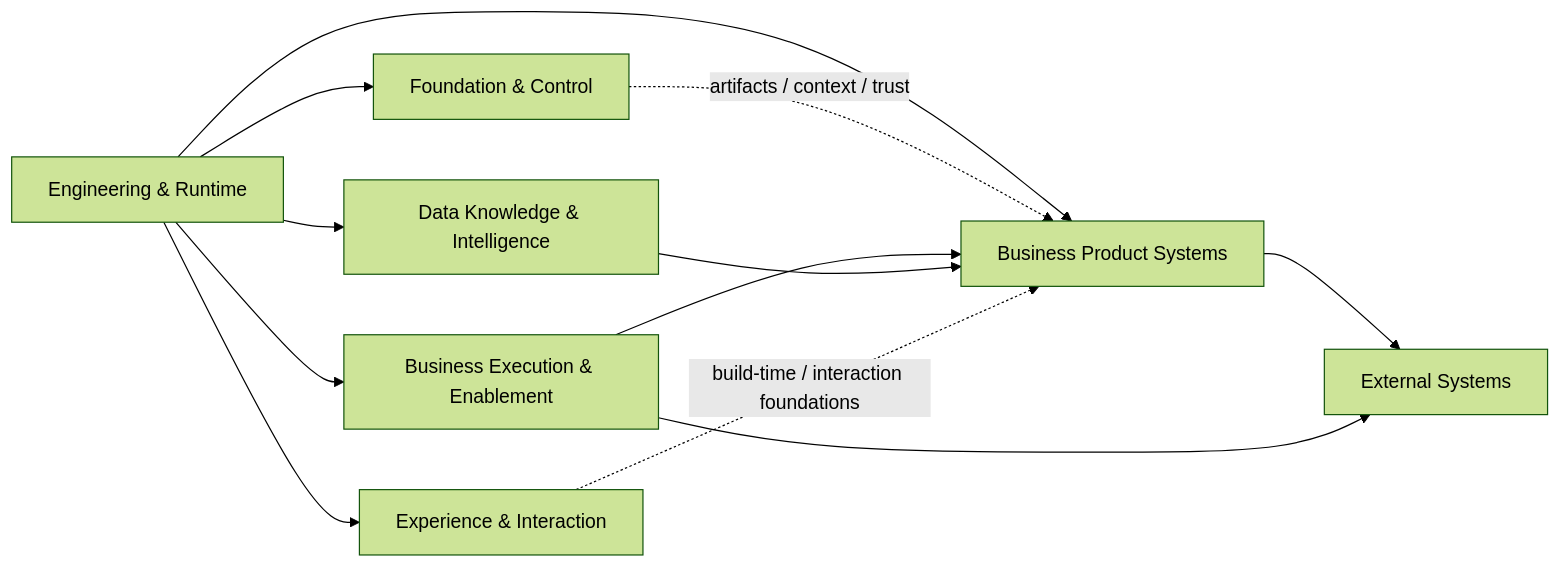
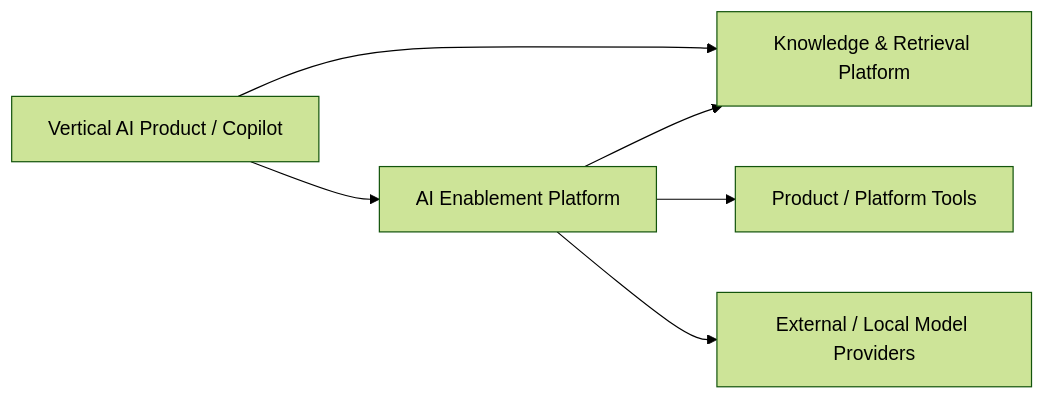
One commit to anshacerbia2/scnehaux-architecture changed the second of 2 diagrams in 01-enterprise/EAD-002-enterprise-system-landscape.md. Above: the diagram before and after it, drawn with Mermaid (forest theme). The commit also changed other lines of this file and 32 other files, not shown here.

Commit message:
rebaseline enterprise platform architecture

````diff
--- a/01-enterprise/EAD-002-enterprise-system-landscape.md
+++ b/01-enterprise/EAD-002-enterprise-system-landscape.md
@@ -197,16 +203,14 @@
 ```mermaid
 graph LR
-    ER[Engineering & Runtime] --> FC[Foundation & Control]
-    ER --> BEE[Business Execution & Enablement]
-    ER --> DKI[Data Knowledge & Intelligence]
-    ER --> EI[Experience & Interaction]
-    ER --> BUSINESS[Business Product Systems]
+    PRODUCT[Vertical AI Product / Copilot]
+    AIP[AI Enablement Platform]
+    KRP[Knowledge & Retrieval Platform]
+    TOOLS[Product / Platform Tools]
+    PROVIDERS[External / Local Model Providers]
 
-    FC -. artifacts / context / trust .-> BUSINESS
-    BEE --> BUSINESS
-    DKI --> BUSINESS
-    EI -. build-time / interaction foundations .-> BUSINESS
-
-    BUSINESS --> EXTERNAL[External Systems]
-    BEE --> EXTERNAL
+    PRODUCT --> AIP
+    PRODUCT --> KRP
+    AIP --> KRP
+    AIP --> TOOLS
+    AIP --> PROVIDERS
 ```
````
